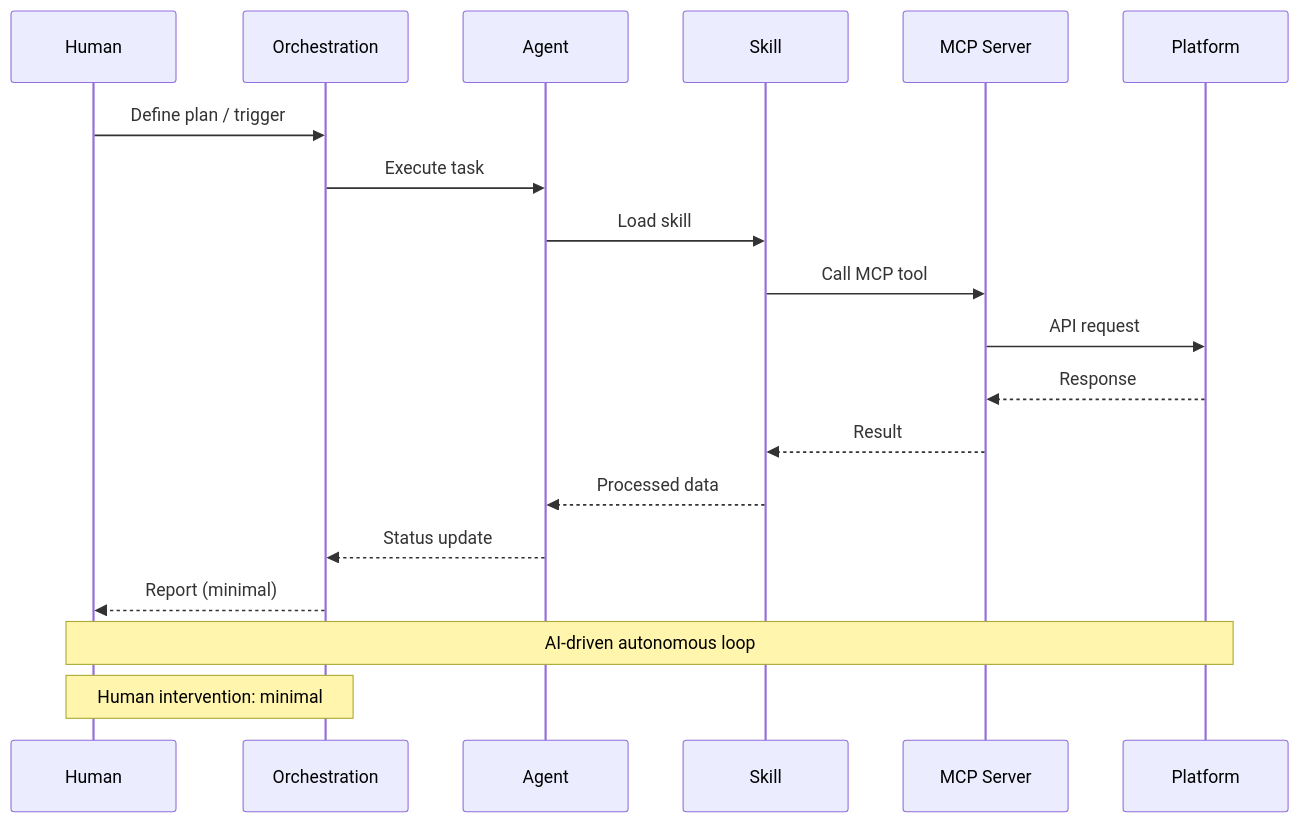
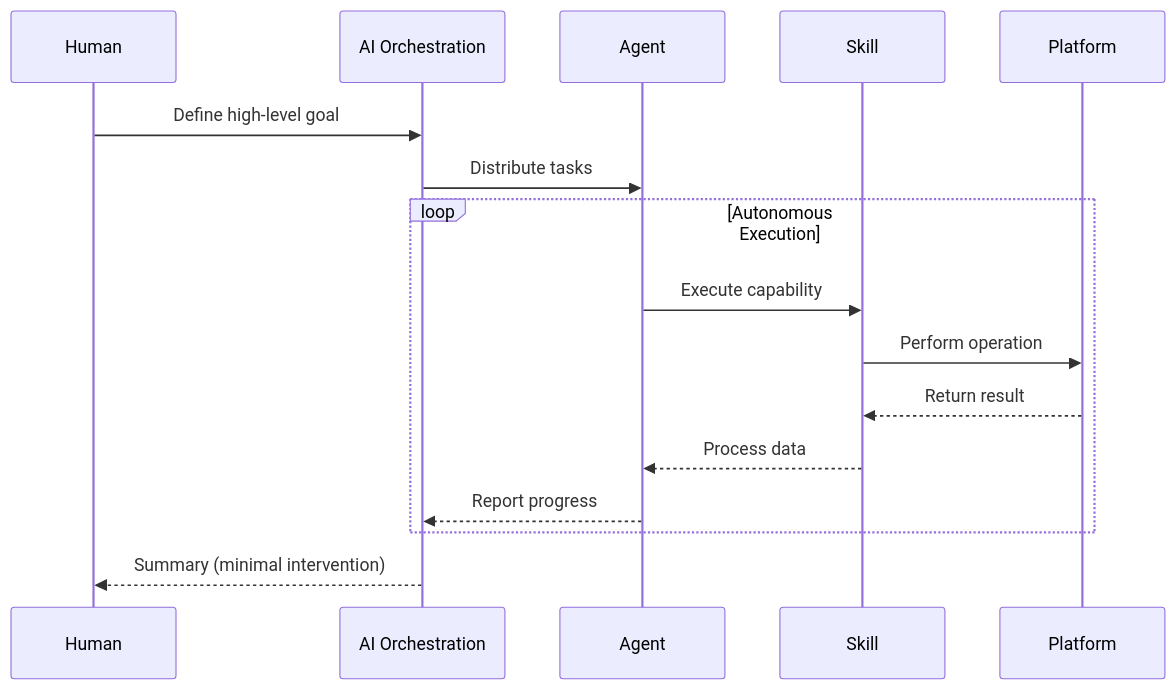
The second of 2 diagrams in README.md (artificial-intelligence-first/aao-skeleton), drawn with Mermaid before and after one commit. The commit also changed other lines of this file, not shown here.

First line of the commit message:
Refactor README: Clean architecture, generic agent references

````diff
--- a/README.md
+++ b/README.md
@@ -84,23 +73,19 @@
 ```mermaid
 sequenceDiagram
-    participant H as Human
-    participant O as Orchestration
-    participant A as Agent
-    participant S as Skill
-    participant M as MCP Server
-    participant P as Platform
+    participant Human
+    participant AI as AI Orchestration
+    participant Agent
+    participant Skill
+    participant Platform
 
-    H->>O: Define plan / trigger
-    O->>A: Execute task
-    A->>S: Load skill
-    S->>M: Call MCP tool
-    M->>P: API request
-    P-->>M: Response
-    M-->>S: Result
-    S-->>A: Processed data
-    A-->>O: Status update
-    O-->>H: Report (minimal)
-
-    Note over H,P: AI-driven autonomous loop
-    Note over H,O: Human intervention: minimal
+    Human->>AI: Define high-level goal
+    AI->>Agent: Distribute tasks
+    loop Autonomous Execution
+        Agent->>Skill: Execute capability
+        Skill->>Platform: Perform operation
+        Platform-->>Skill: Return result
+        Skill-->>Agent: Process data
+        Agent-->>AI: Report progress
+    end
+    AI-->>Human: Summary (minimal intervention)
 ```
````
